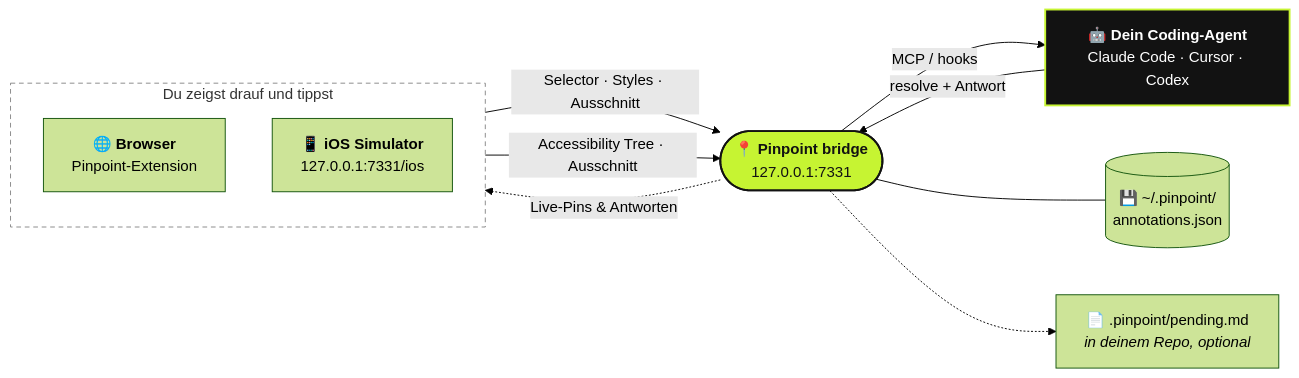
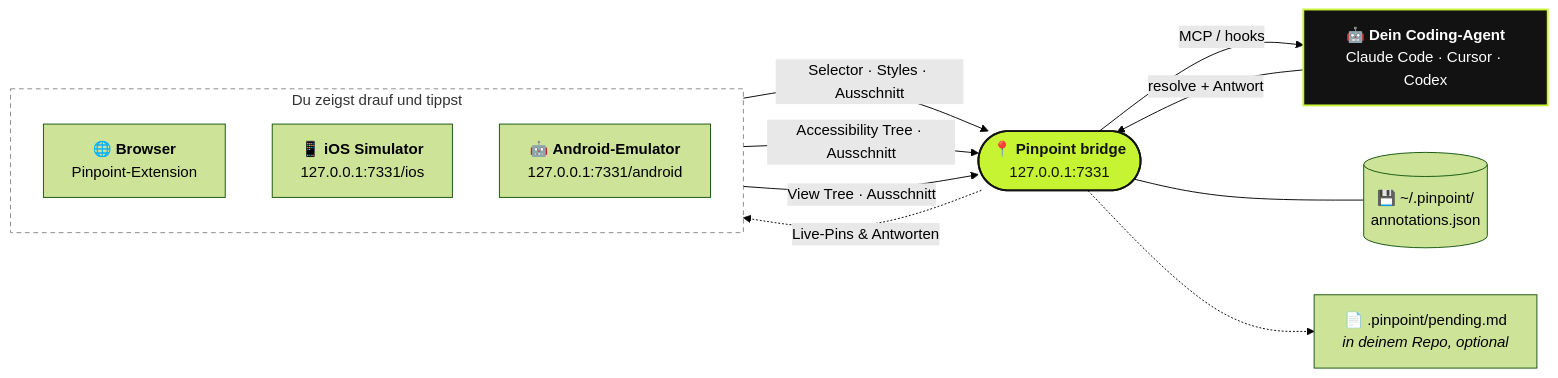
One commit to gowtham012/PinPoint changed the diagram in docs/i18n/README.de.md. Above: the diagram before and after it, drawn with Mermaid (forest theme). The commit also changed other lines of this file and 16 other files, not shown here.

````diff
--- a/docs/i18n/README.de.md
+++ b/docs/i18n/README.de.md
@@ -51,26 +52,28 @@
 ```mermaid
 flowchart LR
   subgraph you [" Du zeigst drauf und tippst "]
     direction TB
     B["🌐 <b>Browser</b><br/>Pinpoint-Extension"]
     S["📱 <b>iOS Simulator</b><br/>127.0.0.1:7331/ios"]
+    AN["🤖 <b>Android-Emulator</b><br/>127.0.0.1:7331/android"]
   end
   BR(["📍 <b>Pinpoint bridge</b><br/>127.0.0.1:7331"])
   ST[("💾 ~/.pinpoint/<br/>annotations.json")]
   F["📄 .pinpoint/pending.md<br/><i>in deinem Repo, optional</i>"]
   A["🤖 <b>Dein Coding-Agent</b><br/>Claude Code · Cursor · Codex"]
 
   B -- "Selector · Styles · Ausschnitt" --> BR
   S -- "Accessibility Tree · Ausschnitt" --> BR
+  AN -- "View Tree · Ausschnitt" --> BR
   BR -- "MCP / hooks" --> A
   A -- "resolve + Antwort" --> BR
   BR -. "Live-Pins & Antworten" .-> B
   BR --- ST
   BR -.-> F
 
   classDef bridge fill:#c6f432,stroke:#121212,stroke-width:2px,color:#121212
   classDef agent fill:#121212,stroke:#c6f432,stroke-width:2px,color:#ffffff
   class BR bridge
   class A agent
   style you fill:transparent,stroke:#888,stroke-dasharray:5 4
 ```
````
